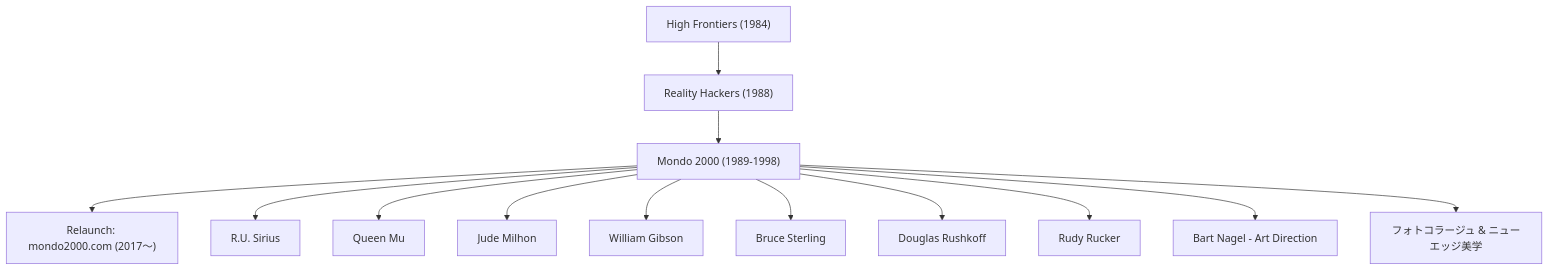
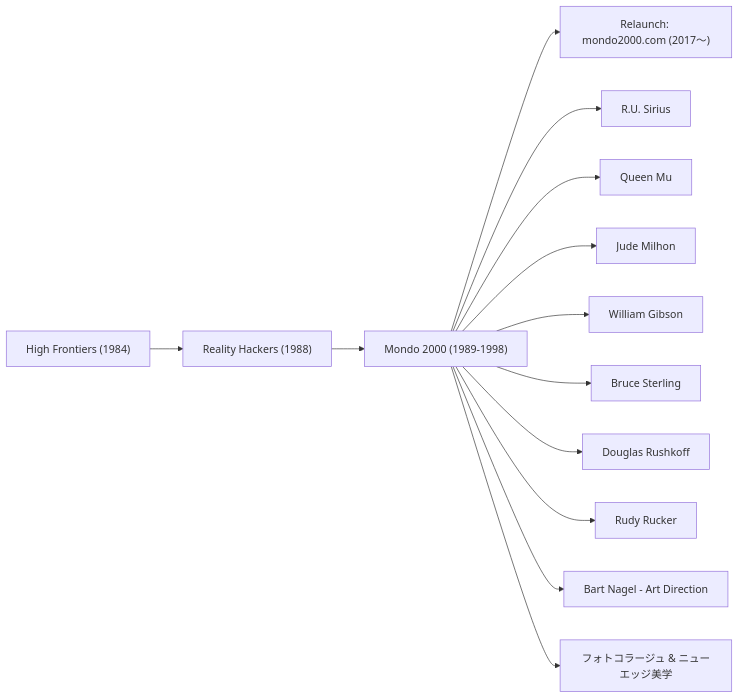
One commit to monumental-movement/monumental-movement.github.io changed the diagram in _posts/2025-10-02-Column-Mondo-2000.md. Above: the diagram before and after it, drawn with Mermaid.

```diff
--- a/_posts/2025-10-02-Column-Mondo-2000.md
+++ b/_posts/2025-10-02-Column-Mondo-2000.md
@@ -39,20 +39,20 @@
 <div class="mermaid">
 
-flowchart TD
+flowchart LR
   A["High Frontiers (1984)"] --> B["Reality Hackers (1988)"]
   B --> C["Mondo 2000 (1989-1998)"]
   C --> D["Relaunch: mondo2000.com (2017〜)"]
 
   C --> E["R.U. Sirius"]
   C --> F["Queen Mu"]
   C --> G["Jude Milhon"]
 
   C --> H["William Gibson"]
   C --> I["Bruce Sterling"]
   C --> J["Douglas Rushkoff"]
   C --> K["Rudy Rucker"]
 
   C --> L["Bart Nagel - Art Direction"]
   C --> M["フォトコラージュ & ニューエッジ美学"]
-
+  
 </div>
```
